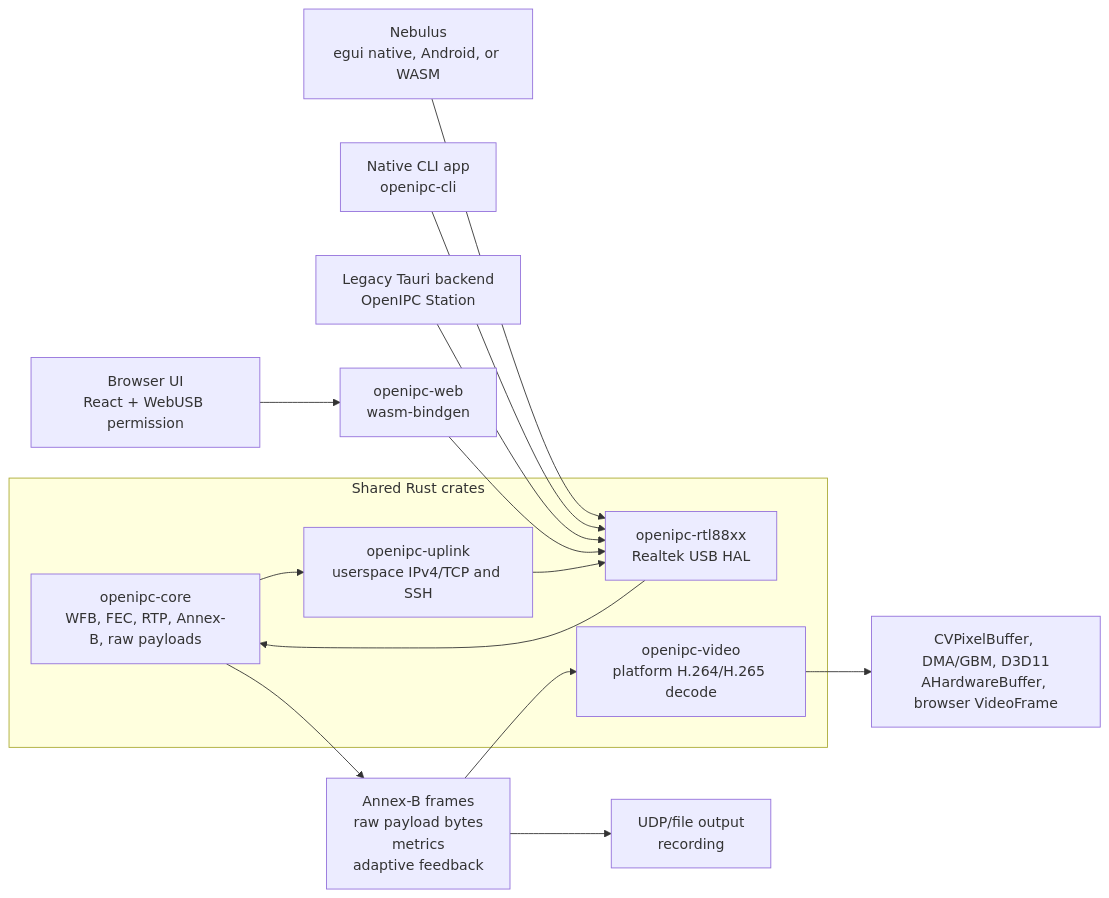
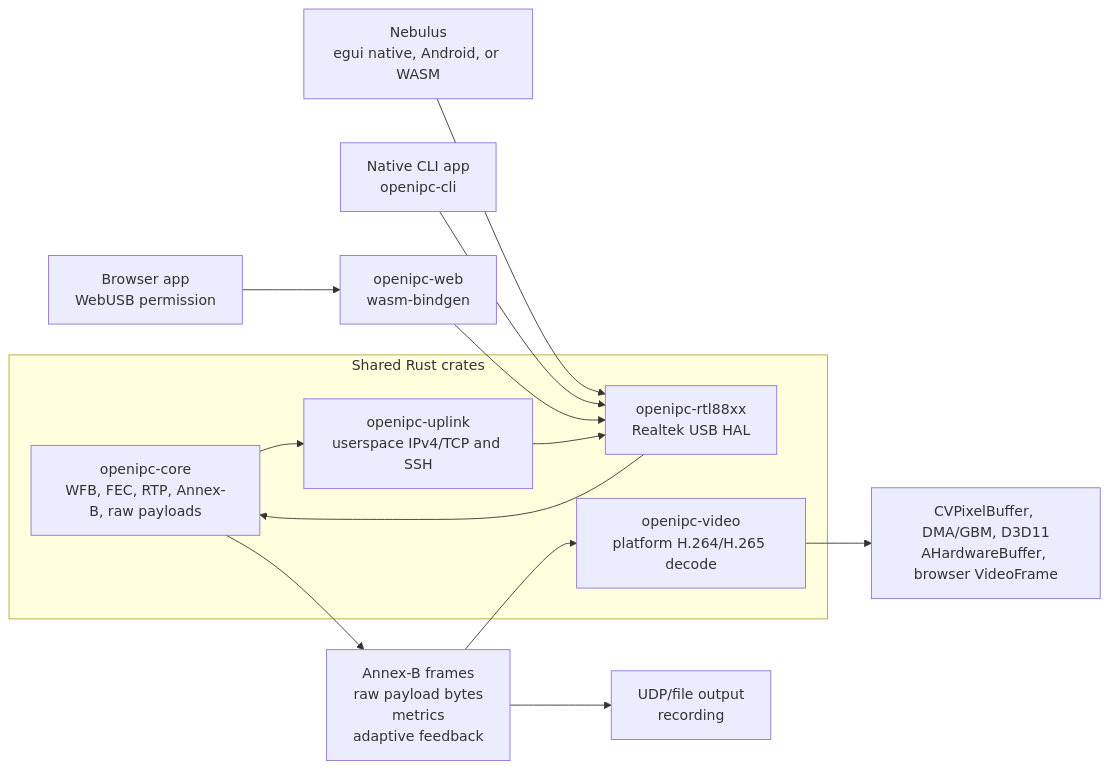
Before and after one commit to neelsani/openipc-rs: the first of 3 diagrams in docs/docs/architecture.md, drawn with Mermaid. The commit also changed other lines of this file and 175 other files, not shown here.

Commit message:
chore: remove legacy OpenIPC Station

````diff
--- a/docs/docs/architecture.md
+++ b/docs/docs/architecture.md
@@ -11,22 +11,21 @@
 ```mermaid
 flowchart LR
     subgraph Shared["Shared Rust crates"]
         Core["openipc-core<br/>WFB, FEC, RTP, Annex-B, raw payloads"]
         Rtl["openipc-rtl88xx<br/>Realtek USB HAL"]
         Video["openipc-video<br/>platform H.264/H.265 decode"]
         Uplink["openipc-uplink<br/>userspace IPv4/TCP and SSH"]
     end
 
     Nebulus["Nebulus<br/>egui native, Android, or WASM"] --> Rtl
     Native["Native CLI app<br/>openipc-cli"] --> Rtl
-    Desktop["Legacy Tauri backend<br/>OpenIPC Station"] --> Rtl
-    Browser["Browser UI<br/>React + WebUSB permission"] --> Wasm["openipc-web<br/>wasm-bindgen"]
+    Browser["Browser app<br/>WebUSB permission"] --> Wasm["openipc-web<br/>wasm-bindgen"]
     Wasm --> Rtl
     Rtl --> Core
     Core --> Uplink
     Uplink --> Rtl
     Core --> Output["Annex-B frames<br/>raw payload bytes<br/>metrics<br/>adaptive feedback"]
     Output --> Video
     Output --> Players["UDP/file output<br/>recording"]
     Video --> NativeSurface["CVPixelBuffer, DMA/GBM, D3D11<br/>AHardwareBuffer, browser VideoFrame"]
 ```
````
